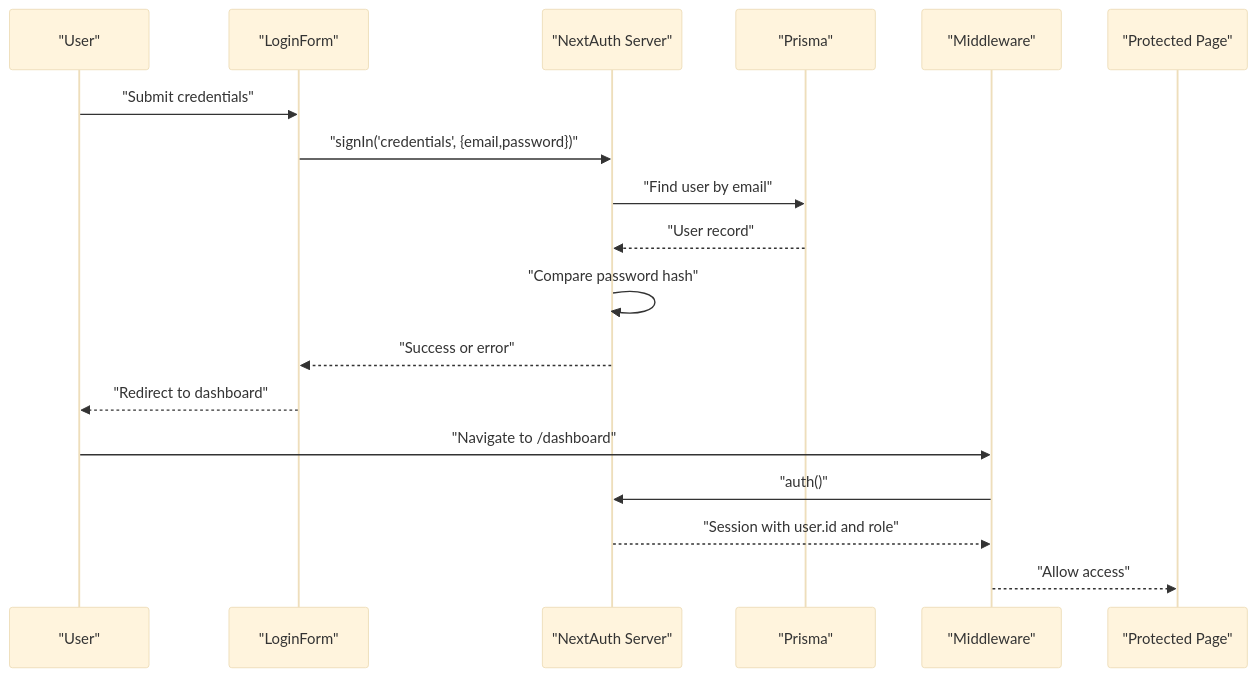
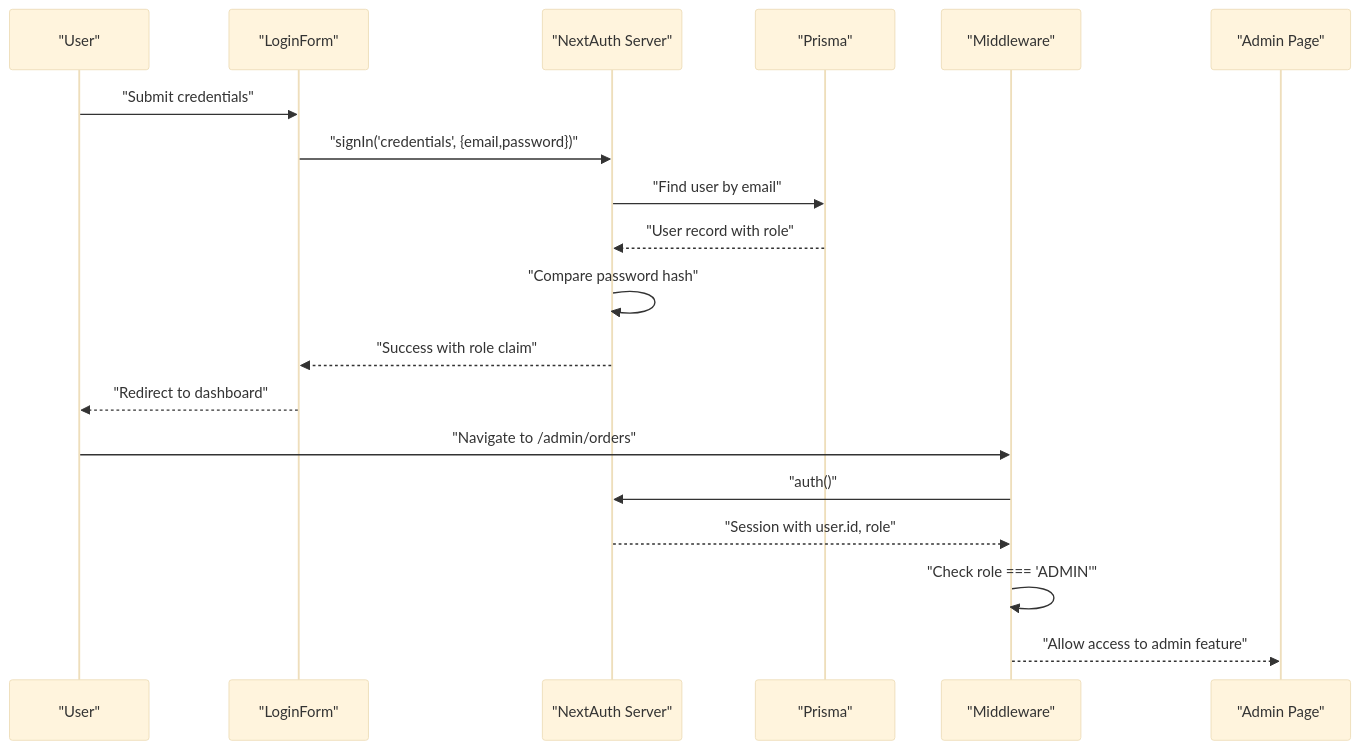
One commit to Crowdspender/titchybooks-app changed the second of 11 diagrams in .qoder/repowiki/en/content/Authentication & Authorization/Authentication & Authorization.md. Above: the diagram before and after it, drawn with Mermaid (base theme). The commit also changed other lines of this file and 62 other files, not shown here.

````diff
--- a/.qoder/repowiki/en/content/Authentication & Authorization/Authentication & Authorization.md
+++ b/.qoder/repowiki/en/content/Authentication & Authorization/Authentication & Authorization.md
@@ -122,20 +184,21 @@
 ```mermaid
 sequenceDiagram
 participant U as "User"
 participant UI as "LoginForm"
 participant NA as "NextAuth Server"
 participant PR as "Prisma"
 participant MW as "Middleware"
-participant PD as "Protected Page"
+participant AD as "Admin Page"
 U->>UI : "Submit credentials"
 UI->>NA : "signIn('credentials', {email,password})"
 NA->>PR : "Find user by email"
-PR-->>NA : "User record"
+PR-->>NA : "User record with role"
 NA->>NA : "Compare password hash"
-NA-->>UI : "Success or error"
+NA-->>UI : "Success with role claim"
 UI-->>U : "Redirect to dashboard"
-U->>MW : "Navigate to /dashboard"
+U->>MW : "Navigate to /admin/orders"
 MW->>NA : "auth()"
-NA-->>MW : "Session with user.id and role"
-MW-->>PD : "Allow access"
+NA-->>MW : "Session with user.id, role"
+MW->>MW : "Check role === 'ADMIN'"
+MW-->>AD : "Allow access to admin feature"
 ```
````
